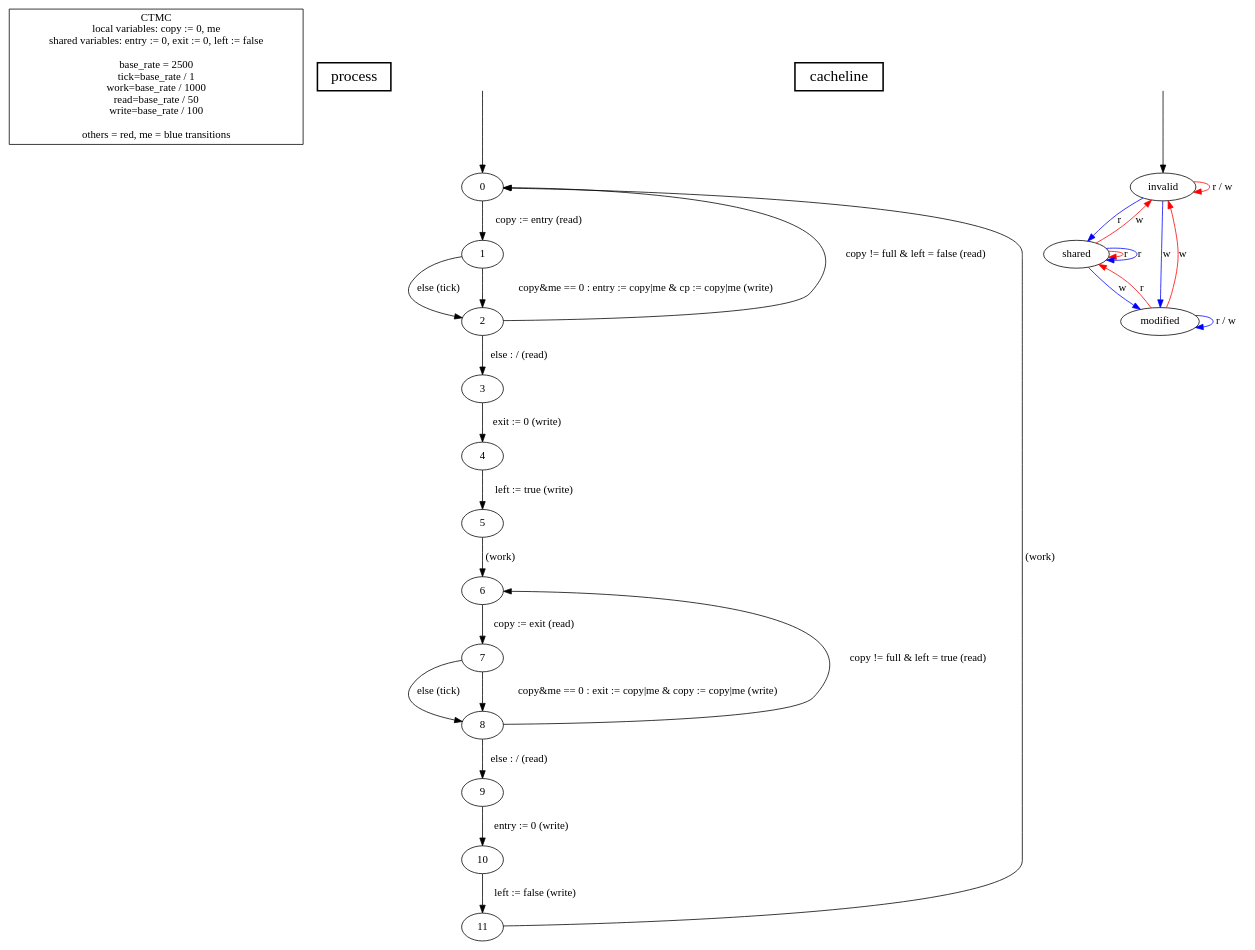
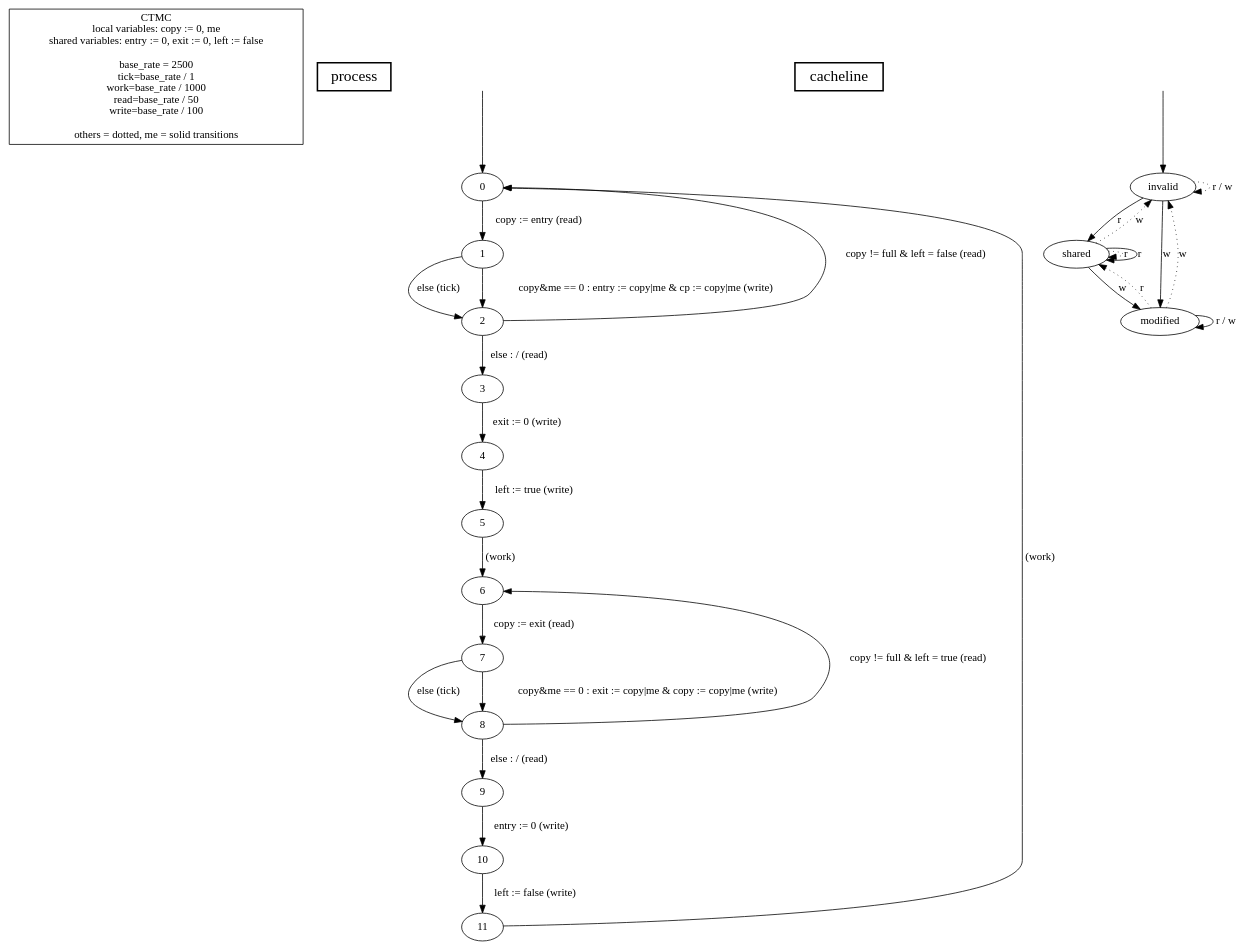
One commit to hydroo/minor-thesis-barriers changed the diagram in barrier-attempt/model-prism-ctmc-with-cache-invalidation/model.dot. Above: the diagram before and after it, drawn with Graphviz.

Commit message:
switch to dotted/solid instead of read/blue

```diff
--- a/barrier-attempt/model-prism-ctmc-with-cache-invalidation/model.dot
+++ b/barrier-attempt/model-prism-ctmc-with-cache-invalidation/model.dot
@@ -1,53 +1,53 @@
 digraph {
 
-	"CTMC\nlocal variables: copy := 0, me\nshared variables: entry := 0, exit := 0, left := false\n\nbase_rate = 2500\ntick=base_rate / 1\nwork=base_rate / 1000\nread=base_rate / 50\nwrite=base_rate / 100\n\nothers = red, me = blue transitions" [nojustify=true, shape=box]
+	"CTMC\nlocal variables: copy := 0, me\nshared variables: entry := 0, exit := 0, left := false\n\nbase_rate = 2500\ntick=base_rate / 1\nwork=base_rate / 1000\nread=base_rate / 50\nwrite=base_rate / 100\n\nothers = dotted, me = solid transitions" [nojustify=true, shape=box]
 
 	"process" [nojustify=true, shape=box, style=bold, fontsize=20]
 
 	initial_state_source [style=invis]
 
 	// process
 
 	initial_state_source -> "0"
 
 	"0"  -> "1"  [weight=10, label="copy := entry (read)"]
 	"1"  -> "2"  [label="else (tick)"]
 	"1"  -> "2"  [weight=10, label="copy&me == 0 : entry := copy|me & cp := copy|me (write)"]
 
 	"2"  -> "0"  [label="copy != full & left = false (read)"]
 	"2"  -> "3"  [weight=10, label="else : / (read)"]
 	"3"  -> "4"  [weight=10, label="exit := 0 (write)"]
 	"4"  -> "5"  [weight=10, label="left := true (write)"]
 
 	"5"  -> "6"  [weight=10, label="(work)"]
 
 	"6"  -> "7"  [weight=10, label="copy := exit (read)"]
 	"7" -> "8"   [label="else (tick)"]
 	"7" -> "8"   [weight=10, label="copy&me == 0 : exit := copy|me & copy := copy|me (write)"]
 
 	"8" -> "6"   [label="copy != full & left = true (read)"]
 	"8" -> "9"   [weight=10, label="else : / (read)"]
 	"9" -> "10"  [weight=10, label="entry := 0 (write)"]
 	"10" -> "11" [weight=10, label="left := false (write)"]
 
 	"11" -> "0"  [label="(work)"]
 
 	// cacheline
 	"cacheline" [nojustify=true, shape=box, style=bold, fontsize=20]
 
 	initial_state_source2 [style=invis]
 	initial_state_source2 -> "invalid"
 
-	"invalid"  -> "invalid"  [label="r / w", color=red]
-	"invalid"  -> "shared"   [label="r",   color=blue]
-	"invalid"  -> "modified" [label="w",   color=blue]
+	"invalid"  -> "invalid"  [label="r / w", style=dotted]
+	"invalid"  -> "shared"   [label="r"]
+	"invalid"  -> "modified" [label="w"]
 
-	"shared"   -> "shared"   [label="r",   color=red]
-	"shared"   -> "invalid"  [label="w",   color=red]
-	"shared"   -> "shared"   [label="r",   color=blue]
-	"shared"   -> "modified" [label="w",   color=blue]
+	"shared"   -> "shared"   [label="r", style=dotted]
+	"shared"   -> "invalid"  [label="w", style=dotted]
+	"shared"   -> "shared"   [label="r"]
+	"shared"   -> "modified" [label="w"]
 
-	"modified" -> "shared"   [label="r",   color=red]
-	"modified" -> "invalid"  [label="w",   color=red]
-	"modified" -> "modified" [label="r / w", color=blue]
+	"modified" -> "shared"   [label="r", style=dotted]
+	"modified" -> "invalid"  [label="w", style=dotted]
+	"modified" -> "modified" [label="r / w"]
 }
```
